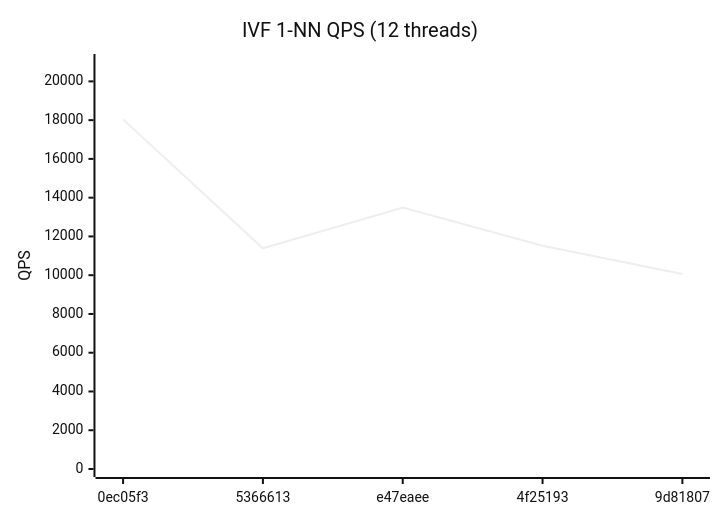
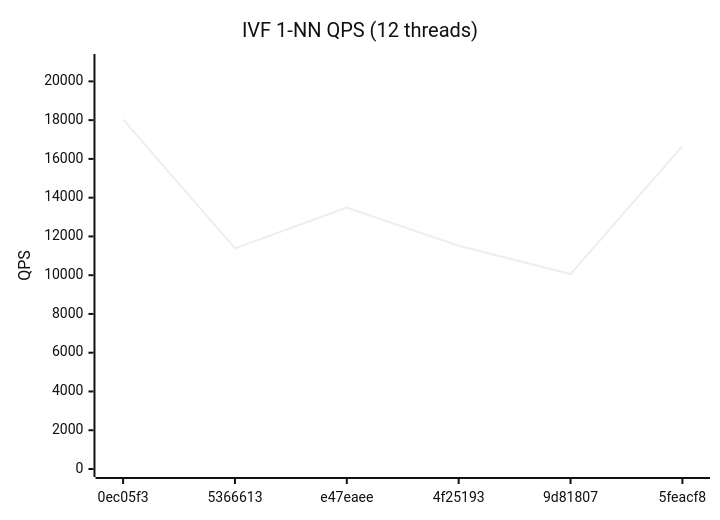
One commit to bibidhSubedi0/RedBoxDb changed the fourth of 4 diagrams in benchmarks/REPORT.md. Above: the diagram before and after it, drawn with Mermaid (neutral theme). The commit also changed other lines of this file and 1 other file, not shown here.

Commit message:
bench: update performance report [5feacf8] [skip ci]

````diff
--- a/benchmarks/REPORT.md
+++ b/benchmarks/REPORT.md
@@ -49,7 +49,7 @@
 ```mermaid
 xychart-beta
   title "IVF 1-NN QPS (12 threads)"
-  x-axis ["0ec05f3", "5366613", "e47eaee", "4f25193", "9d81807"]
+  x-axis ["0ec05f3", "5366613", "e47eaee", "4f25193", "9d81807", "5feacf8"]
   y-axis "QPS" 0 --> 21000
-  line [18039, 11386, 13485, 11521, 10058]
+  line [18039, 11386, 13485, 11521, 10058, 16658]
 ```
````
